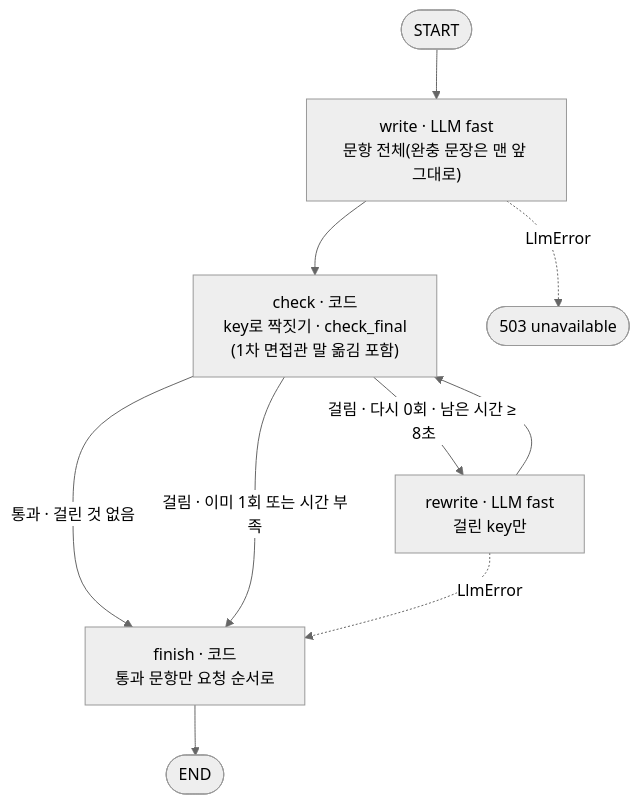
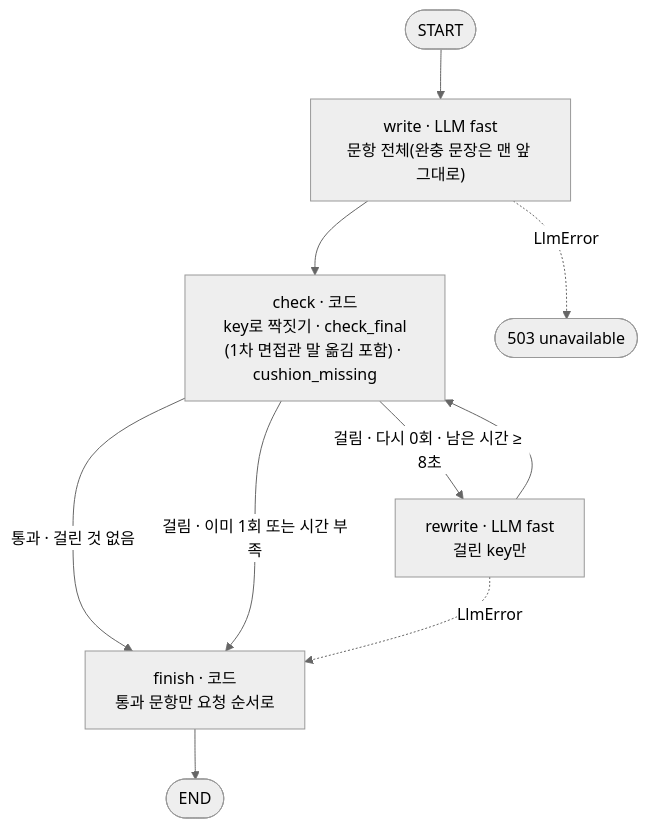
Before and after one commit to zazasj/askback24: the seventh of 9 diagrams in docs/ai_agent/에이전트 설계 확정.md, drawn with Mermaid (neutral theme). The commit also changed other lines of this file and 5 other files, not shown here.

````diff
--- a/docs/ai_agent/에이전트 설계 확정.md
+++ b/docs/ai_agent/에이전트 설계 확정.md
@@ -337,12 +339,12 @@
 ```mermaid
 flowchart TD
     S([START]) --> write["write · LLM fast<br/>문항 전체(완충 문장은 맨 앞 그대로)"]
-    write --> check["check · 코드<br/>key로 짝짓기 · check_final<br/>(1차 면접관 말 옮김 포함)"]
+    write --> check["check · 코드<br/>key로 짝짓기 · check_final<br/>(1차 면접관 말 옮김 포함) · cushion_missing"]
     check -- "통과 · 걸린 것 없음" --> finish
     check -- "걸림 · 다시 0회 · 남은 시간 ≥ 8초" --> rewrite["rewrite · LLM fast<br/>걸린 key만"]
     check -- "걸림 · 이미 1회 또는 시간 부족" --> finish
     rewrite --> check
     rewrite -. LlmError .-> finish
     write -. LlmError .-> X([503 unavailable])
     finish["finish · 코드<br/>통과 문항만 요청 순서로"] --> E([END])
 ```
````
